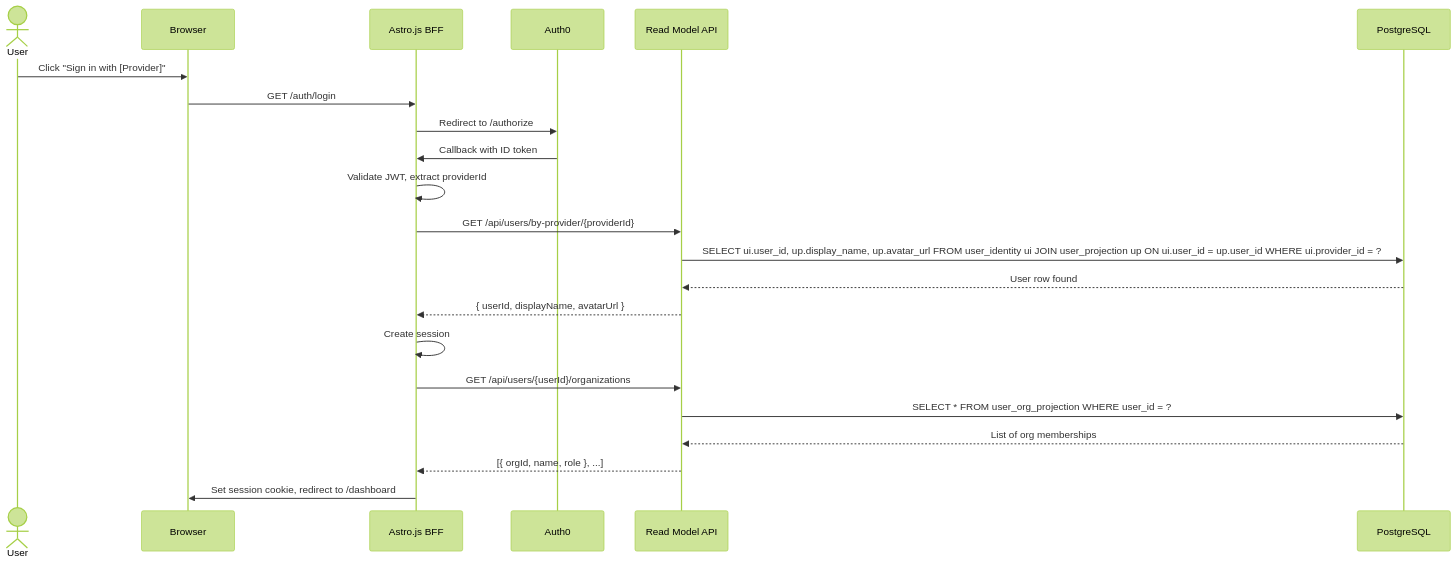
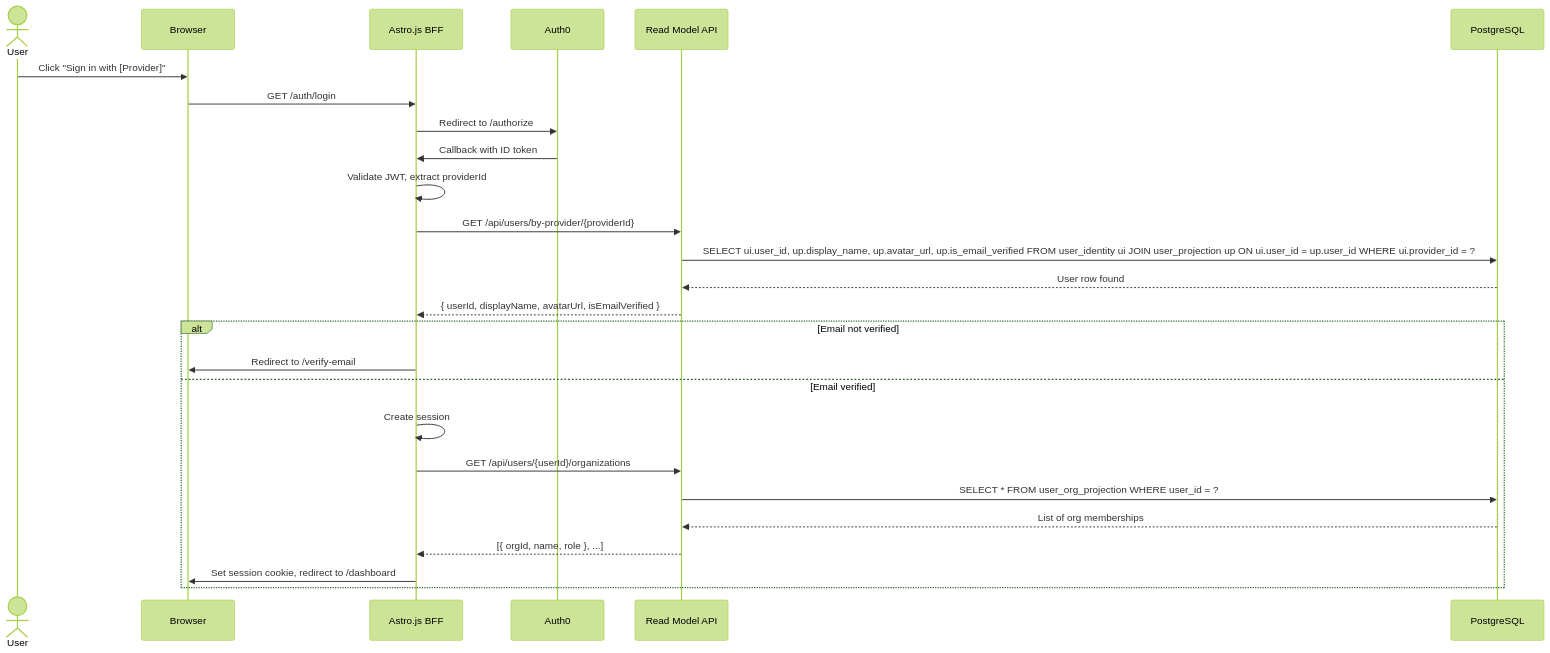
Diagram 11 of 19 in epics/01-epic-first-signin-org/architecture/architecture.md (lekhasy/Vut), drawn with Mermaid (forest theme) before and after one commit. The commit also changed other lines of this file and 4 other files, not shown here.

````diff
--- a/epics/01-epic-first-signin-org/architecture/architecture.md
+++ b/epics/01-epic-first-signin-org/architecture/architecture.md
@@ -768,25 +862,30 @@
 ```mermaid
 sequenceDiagram
     actor User
     participant Browser
     participant BFF as Astro.js BFF
     participant Auth0
     participant RM as Read Model API
     participant PG as PostgreSQL
 
     User->>Browser: Click "Sign in with [Provider]"
     Browser->>BFF: GET /auth/login
     BFF->>Auth0: Redirect to /authorize
     Auth0->>BFF: Callback with ID token
     BFF->>BFF: Validate JWT, extract providerId
     BFF->>RM: GET /api/users/by-provider/{providerId}
-    RM->>PG: SELECT ui.user_id, up.display_name, up.avatar_url FROM user_identity ui JOIN user_projection up ON ui.user_id = up.user_id WHERE ui.provider_id = ?
+    RM->>PG: SELECT ui.user_id, up.display_name, up.avatar_url, up.is_email_verified FROM user_identity ui JOIN user_projection up ON ui.user_id = up.user_id WHERE ui.provider_id = ?
     PG-->>RM: User row found
-    RM-->>BFF: { userId, displayName, avatarUrl }
-    BFF->>BFF: Create session
-    BFF->>RM: GET /api/users/{userId}/organizations
-    RM->>PG: SELECT * FROM user_org_projection WHERE user_id = ?
-    PG-->>RM: List of org memberships
-    RM-->>BFF: [{ orgId, name, role }, ...]
-    BFF->>Browser: Set session cookie, redirect to /dashboard
+    RM-->>BFF: { userId, displayName, avatarUrl, isEmailVerified }
+
+    alt Email not verified
+        BFF->>Browser: Redirect to /verify-email
+    else Email verified
+        BFF->>BFF: Create session
+        BFF->>RM: GET /api/users/{userId}/organizations
+        RM->>PG: SELECT * FROM user_org_projection WHERE user_id = ?
+        PG-->>RM: List of org memberships
+        RM-->>BFF: [{ orgId, name, role }, ...]
+        BFF->>Browser: Set session cookie, redirect to /dashboard
+    end
 ```
````
